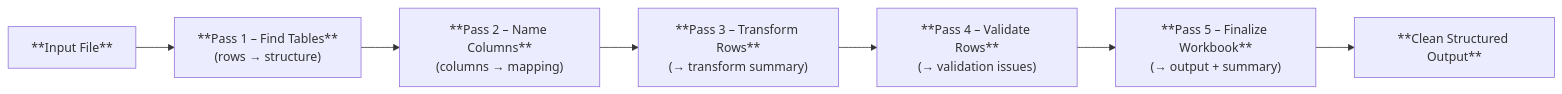
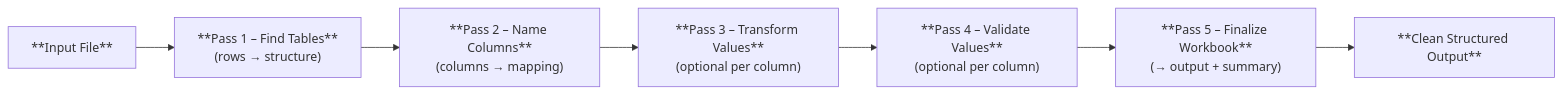
The diagram in docs/developers/README.md (clac-ca/automatic-data-extractor), drawn with Mermaid before and after one commit. The commit also changed other lines of this file, not shown here.

````diff
--- a/docs/developers/README.md
+++ b/docs/developers/README.md
@@ -25,9 +28,9 @@
 ```mermaid
 flowchart LR
     A["**Input File**"] --> B["**Pass 1 – Find Tables**<br/>(rows → structure)"]
     B --> C["**Pass 2 – Name Columns**<br/>(columns → mapping)"]
-    C --> D["**Pass 3 – Transform Rows**<br/>(→ transform summary)"]
-    D --> E["**Pass 4 – Validate Rows**<br/>(→ validation issues)"]
+    C --> D["**Pass 3 – Transform Values**<br/>(optional per column)"]
+    D --> E["**Pass 4 – Validate Values**<br/>(optional per column)"]
     E --> F["**Pass 5 – Finalize Workbook**<br/>(→ output + summary)"]
     F --> G["**Clean Structured Output**"]
 ```
````
